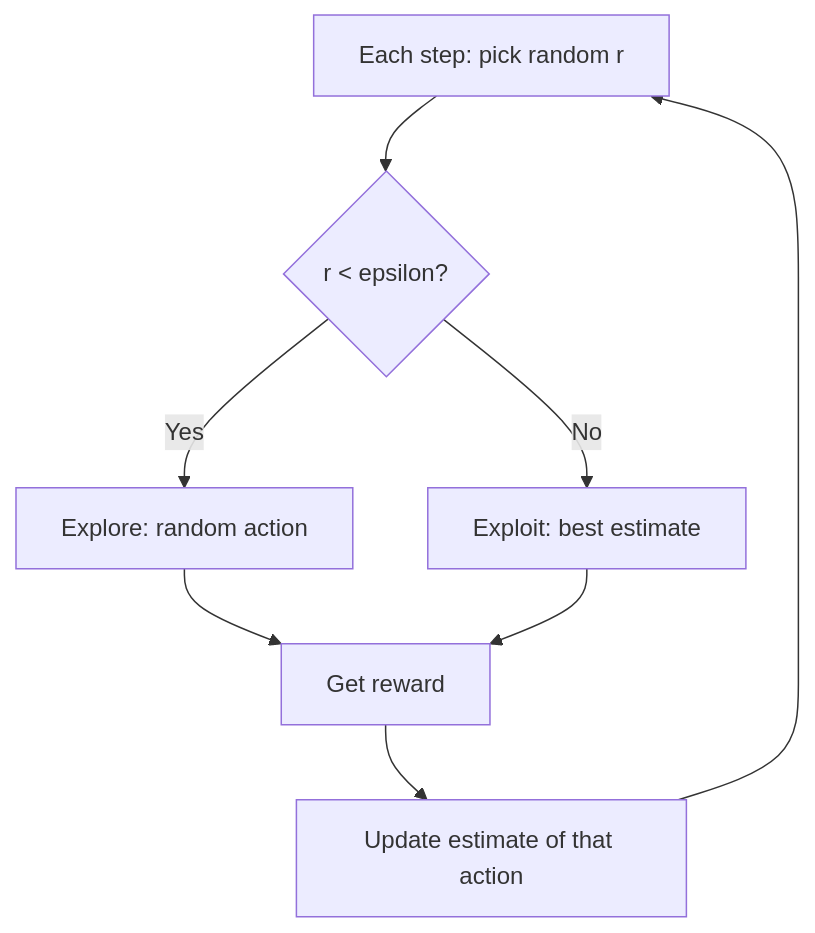
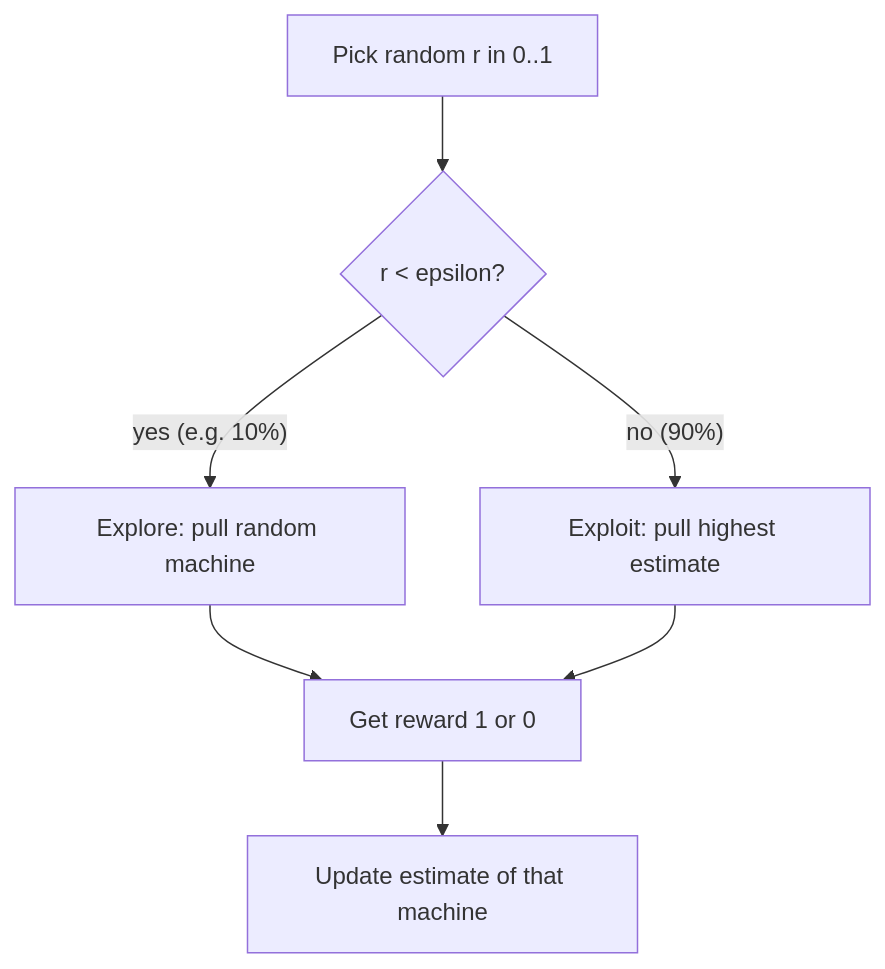
One commit to kaisarnajar/outcome-school-blogs changed the first of 3 diagrams in notes/step-01-machine-learning-foundations/016-exploration-vs-exploitation.md. Above: the diagram before and after it, drawn with Mermaid. The commit also changed other lines of this file and 233 other files, not shown here.

````diff
--- a/notes/step-01-machine-learning-foundations/016-exploration-vs-exploitation.md
+++ b/notes/step-01-machine-learning-foundations/016-exploration-vs-exploitation.md
@@ -39,10 +61,9 @@
 ```mermaid
 flowchart TD
-    A["Each step: pick random r"] --> B{"r < epsilon?"}
-    B -->|"Yes"| C["Explore: random action"]
-    B -->|"No"| D["Exploit: best estimate"]
-    C --> E["Get reward"]
-    D --> E
-    E --> F["Update estimate of that action"]
-    F --> A
+    R["Pick random r in 0..1"] --> Q{"r < epsilon?"}
+    Q -->|"yes (e.g. 10%)"| EX["Explore: pull random machine"]
+    Q -->|"no (90%)"| EP["Exploit: pull highest estimate"]
+    EX --> RW["Get reward 1 or 0"]
+    EP --> RW
+    RW --> UP["Update estimate of that machine"]
 ```
````
